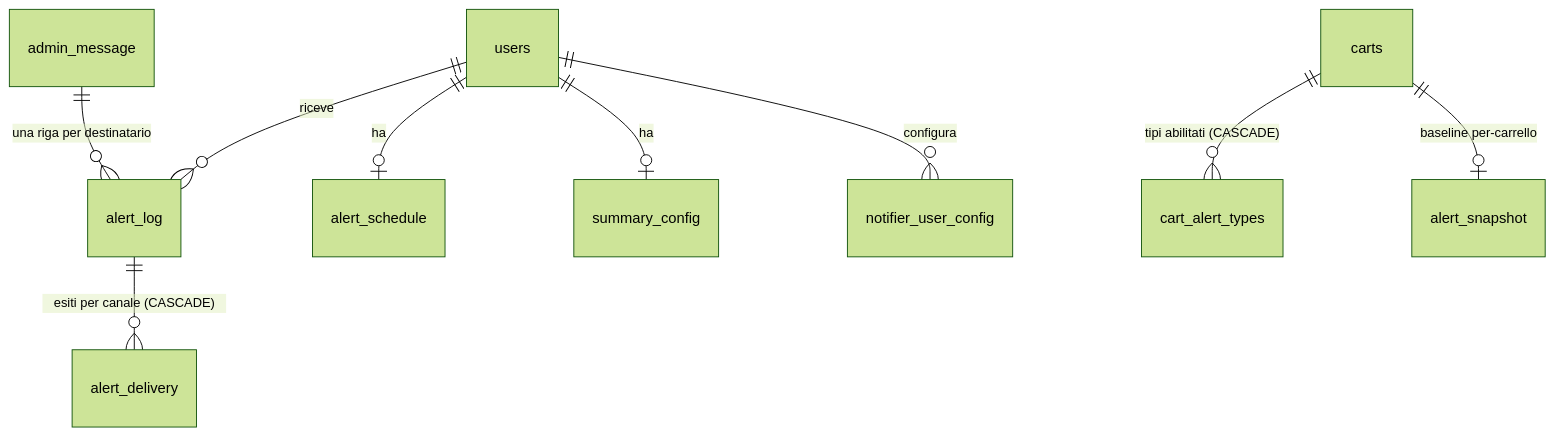
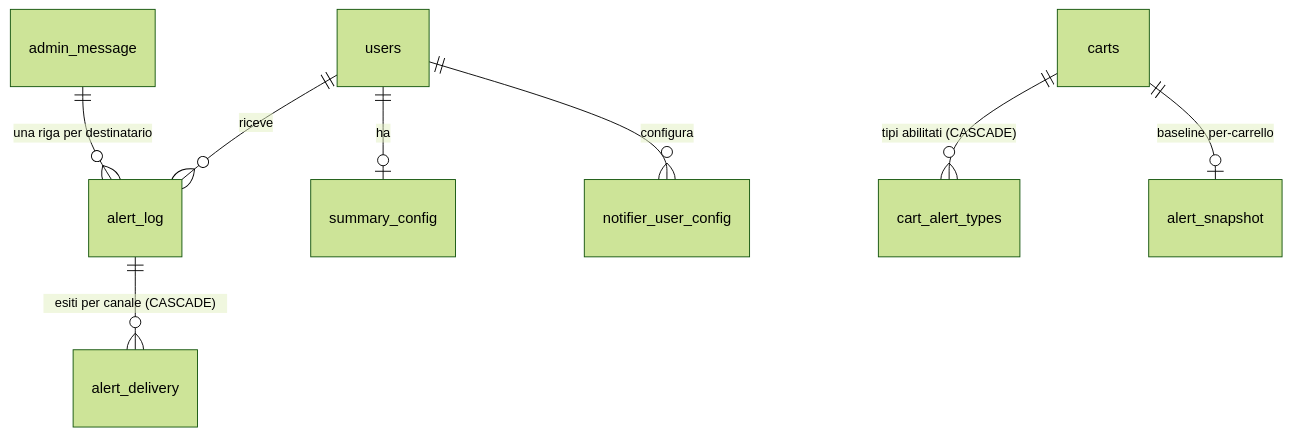
The diagram in docs-ita/4-capabilities/database/schema.md (caporalesimone/watch-em-all), drawn with Mermaid (forest theme) before and after one commit. The commit also changed other lines of this file and 34 other files, not shown here.

````diff
--- a/docs-ita/4-capabilities/database/schema.md
+++ b/docs-ita/4-capabilities/database/schema.md
@@ -11,11 +11,10 @@
 ```mermaid
 erDiagram
     users ||--o{ alert_log : riceve
-    users ||--o| alert_schedule : ha
     users ||--o| summary_config : ha
     users ||--o{ notifier_user_config : configura
     carts ||--o{ cart_alert_types : "tipi abilitati (CASCADE)"
     carts ||--o| alert_snapshot : "baseline per-carrello"
     alert_log ||--o{ alert_delivery : "esiti per canale (CASCADE)"
     admin_message ||--o{ alert_log : "una riga per destinatario"
 ```
````
